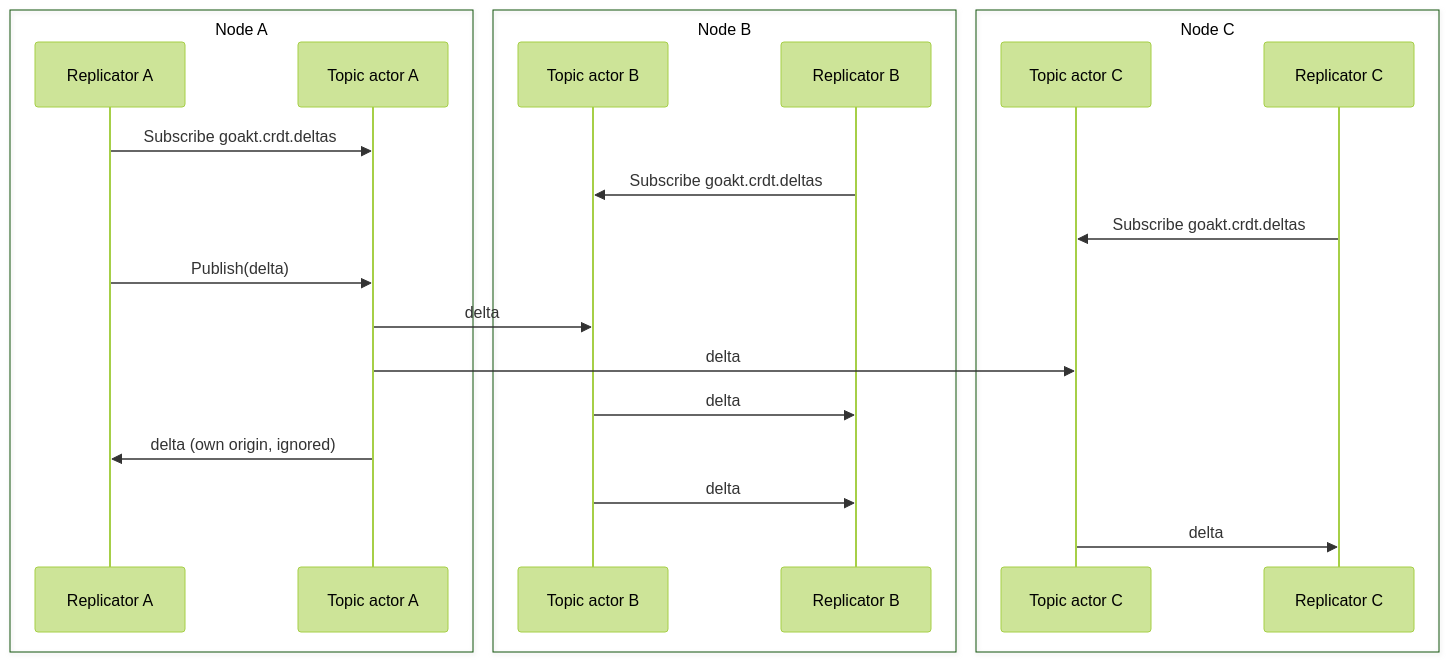
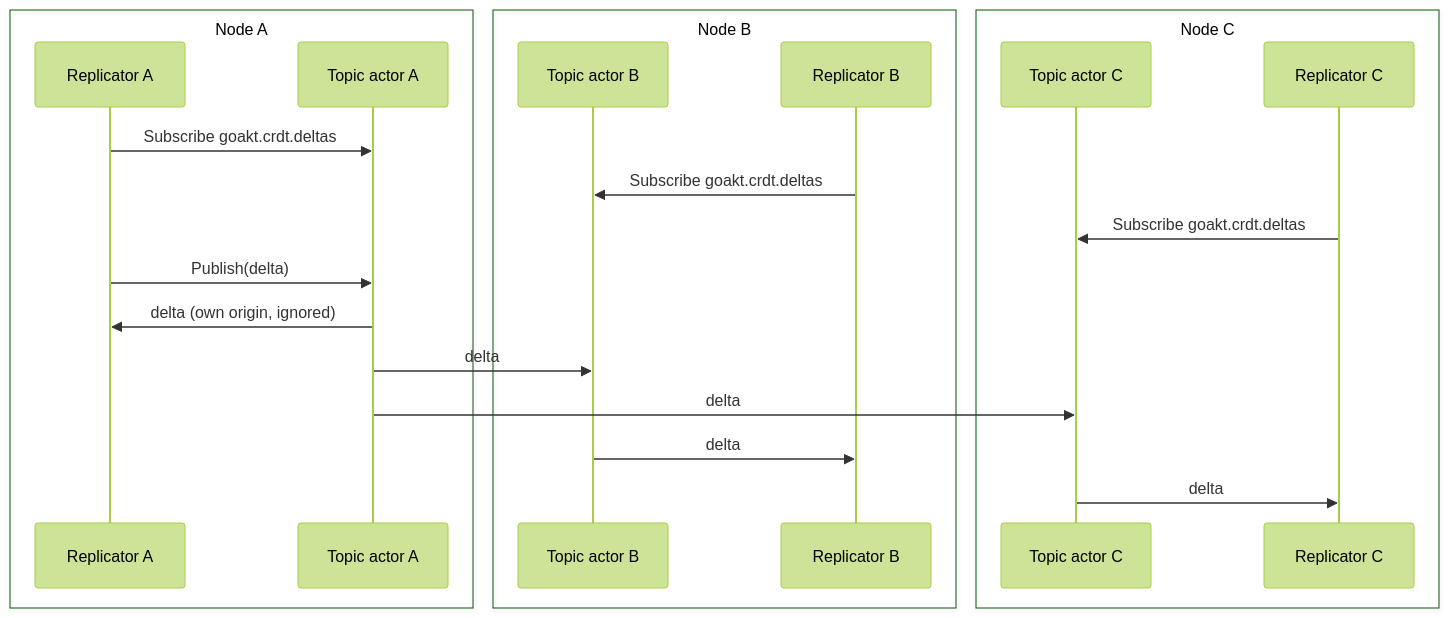
The third of 4 diagrams in book/chapters/chap-24.md (Tochemey/goakt), drawn with Mermaid (forest theme) before and after one commit. The commit also changed other lines of this file and 27 other files, not shown here.

````diff
--- a/book/chapters/chap-24.md
+++ b/book/chapters/chap-24.md
@@ -262,25 +252,24 @@
 ```mermaid
 sequenceDiagram
     box Node A
         participant RA as Replicator A
         participant TA as Topic actor A
     end
     box Node B
         participant TB as Topic actor B
         participant RB as Replicator B
     end
     box Node C
         participant TC as Topic actor C
         participant RC as Replicator C
     end
     RA->>TA: Subscribe goakt.crdt.deltas
     RB->>TB: Subscribe goakt.crdt.deltas
     RC->>TC: Subscribe goakt.crdt.deltas
     RA->>TA: Publish(delta)
+    TA->>RA: delta (own origin, ignored)
     TA->>TB: delta
     TA->>TC: delta
     TB->>RB: delta
-    TA->>RA: delta (own origin, ignored)
-    TB->>RB: delta
     TC->>RC: delta
 ```
````
